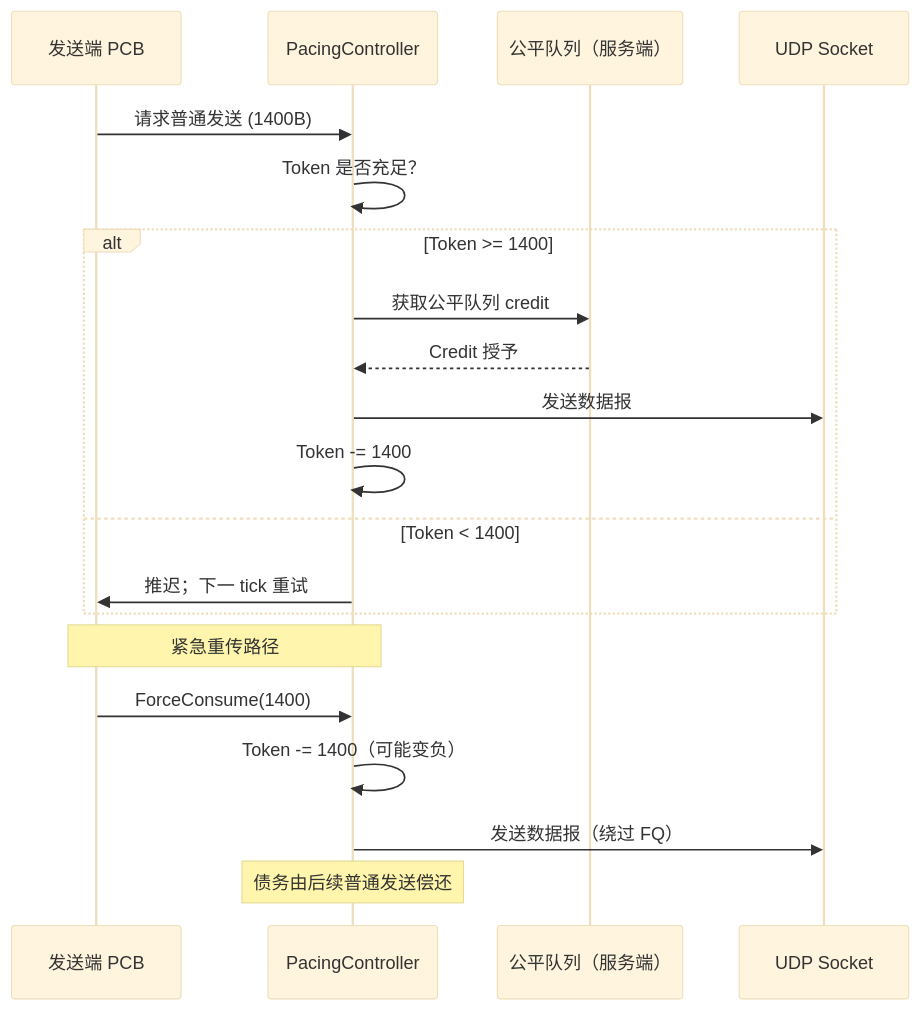
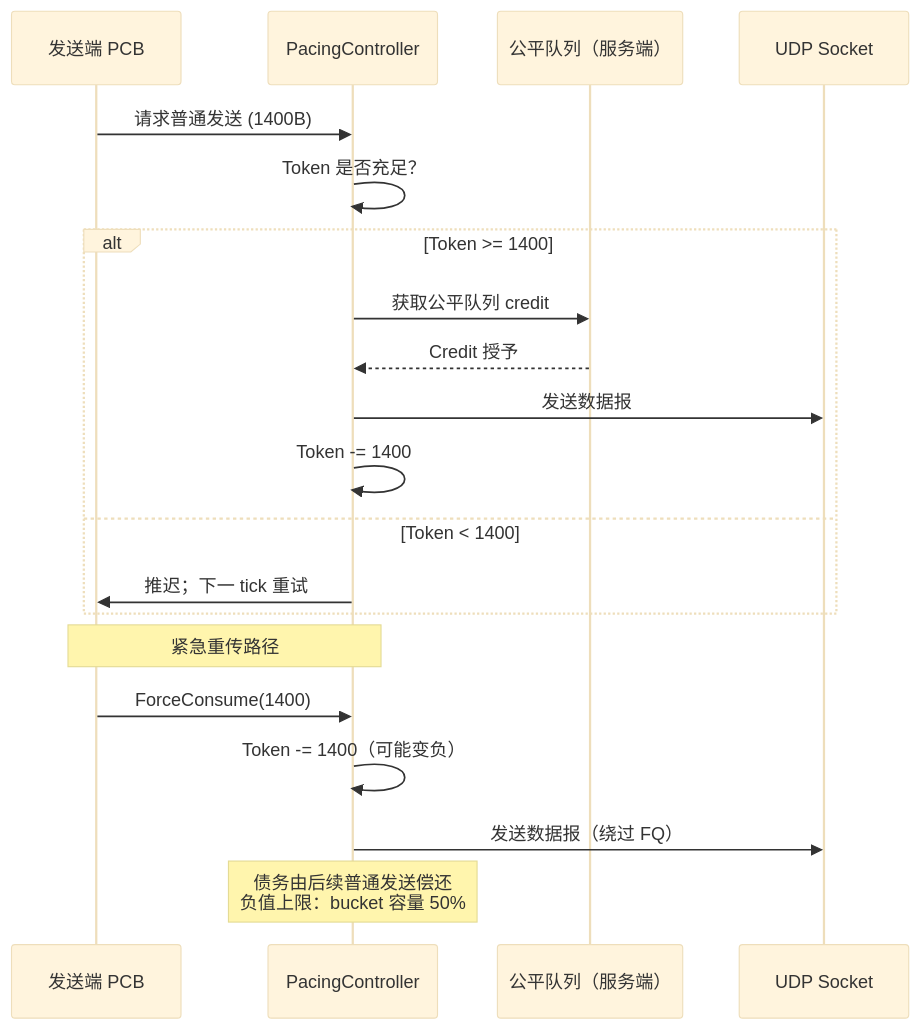
The eighth of 14 diagrams in docs/architecture_CN.md (liulilittle/ucp), drawn with Mermaid (base theme) before and after one commit. The commit also changed other lines of this file and 17 other files, not shown here.

````diff
--- a/docs/architecture_CN.md
+++ b/docs/architecture_CN.md
@@ -154,24 +273,24 @@
 ```mermaid
 sequenceDiagram
     participant S as 发送端 PCB
     participant P as PacingController
     participant FQ as 公平队列（服务端）
     participant Net as UDP Socket
 
     S->>P: 请求普通发送 (1400B)
     P->>P: Token 是否充足？
     alt Token >= 1400
         P->>FQ: 获取公平队列 credit
         FQ-->>P: Credit 授予
         P->>Net: 发送数据报
         P->>P: Token -= 1400
     else Token < 1400
         P->>S: 推迟；下一 tick 重试
     end
 
     Note over S,P: 紧急重传路径
     S->>P: ForceConsume(1400)
     P->>P: Token -= 1400（可能变负）
     P->>Net: 发送数据报（绕过 FQ）
-    Note over P: 债务由后续普通发送偿还
+    Note over P: 债务由后续普通发送偿还<br>负值上限：bucket 容量 50%
 ```
````
